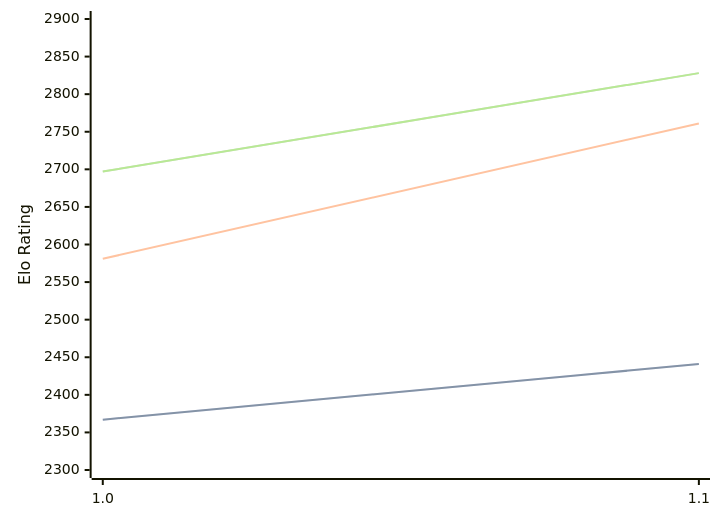
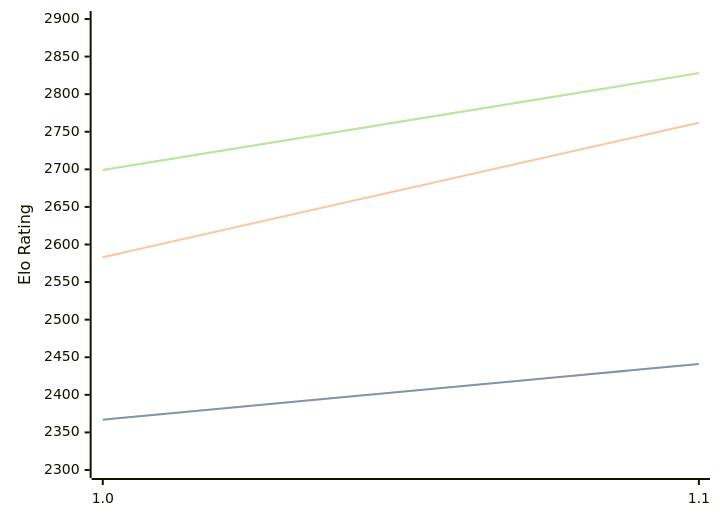
The diagram in engines/FoxChess.md (computer-chess-index/cci), drawn with Mermaid before and after one commit. The commit also changed other lines of this file, not shown here.

Commit message:
Update CCI Ratings (ELO VLTC) - 2026-05-05

````diff
--- a/engines/FoxChess.md
+++ b/engines/FoxChess.md
@@ -32,11 +32,11 @@
 ```mermaid
 %%{init: {"theme":"base","themeVariables":{"seriesColors:['#a3a3a3','#222221','#faa371']}}}%%
 xychart-beta
   x-axis ["1.0", "1.1"]
   y-axis "Elo Rating" 2300 --> 2900
   line "STC (8.0+0.08s)" [2367, 2441]
   line "STC (8.0+0.08s)" [2367, 2441]
-  line "LTC (60.0+0.60s)" [2581, 2761]
-  line "VLTC (2m24s+1.12s)" [2697, 2828]
-  line "VLTC (2m24s+1.12s)" [2697, 2828]
+  line "LTC (60.0+0.60s)" [2583, 2762]
+  line "VLTC (2m24s+1.12s)" [2699, 2828]
+  line "VLTC (2m24s+1.12s)" [2699, 2828]
 ```
````
